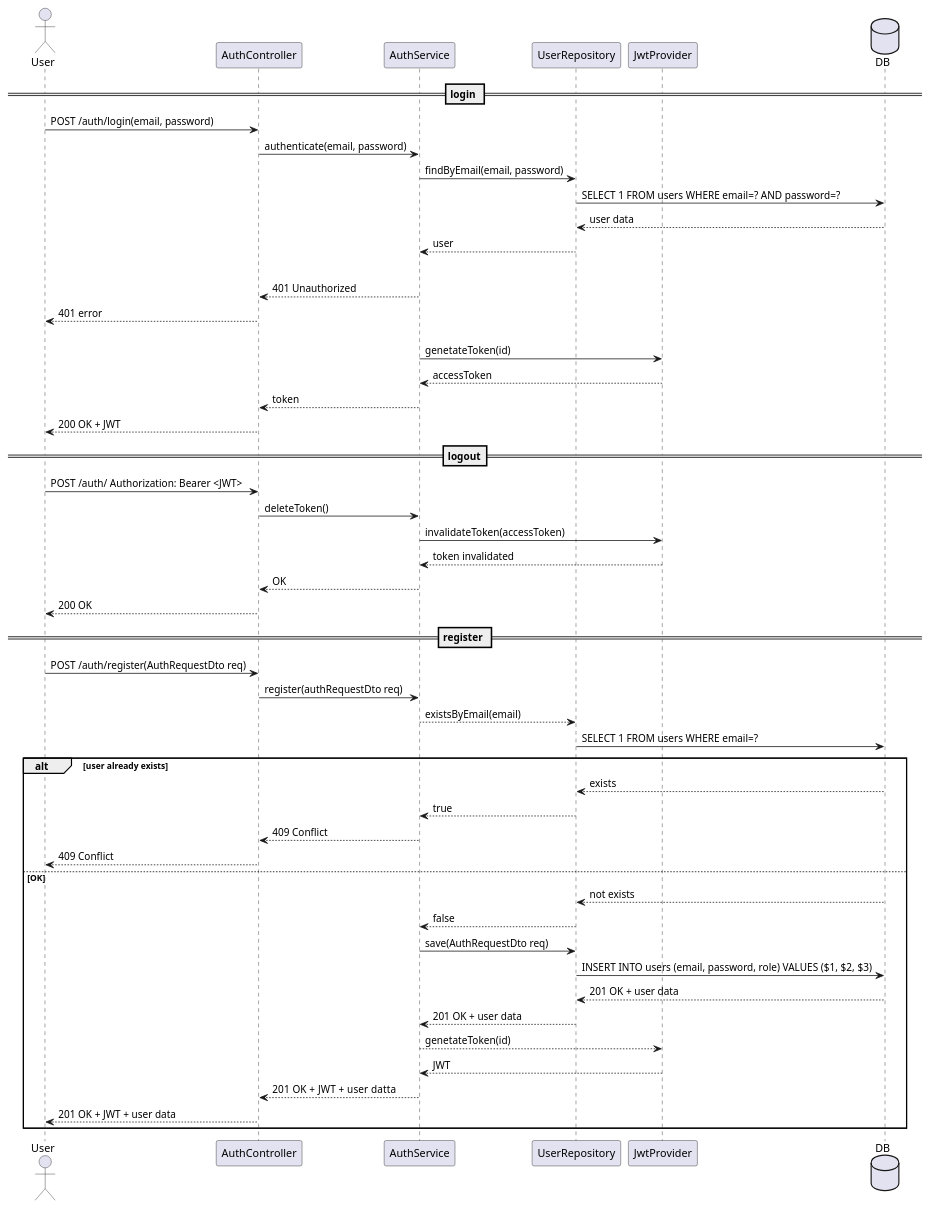
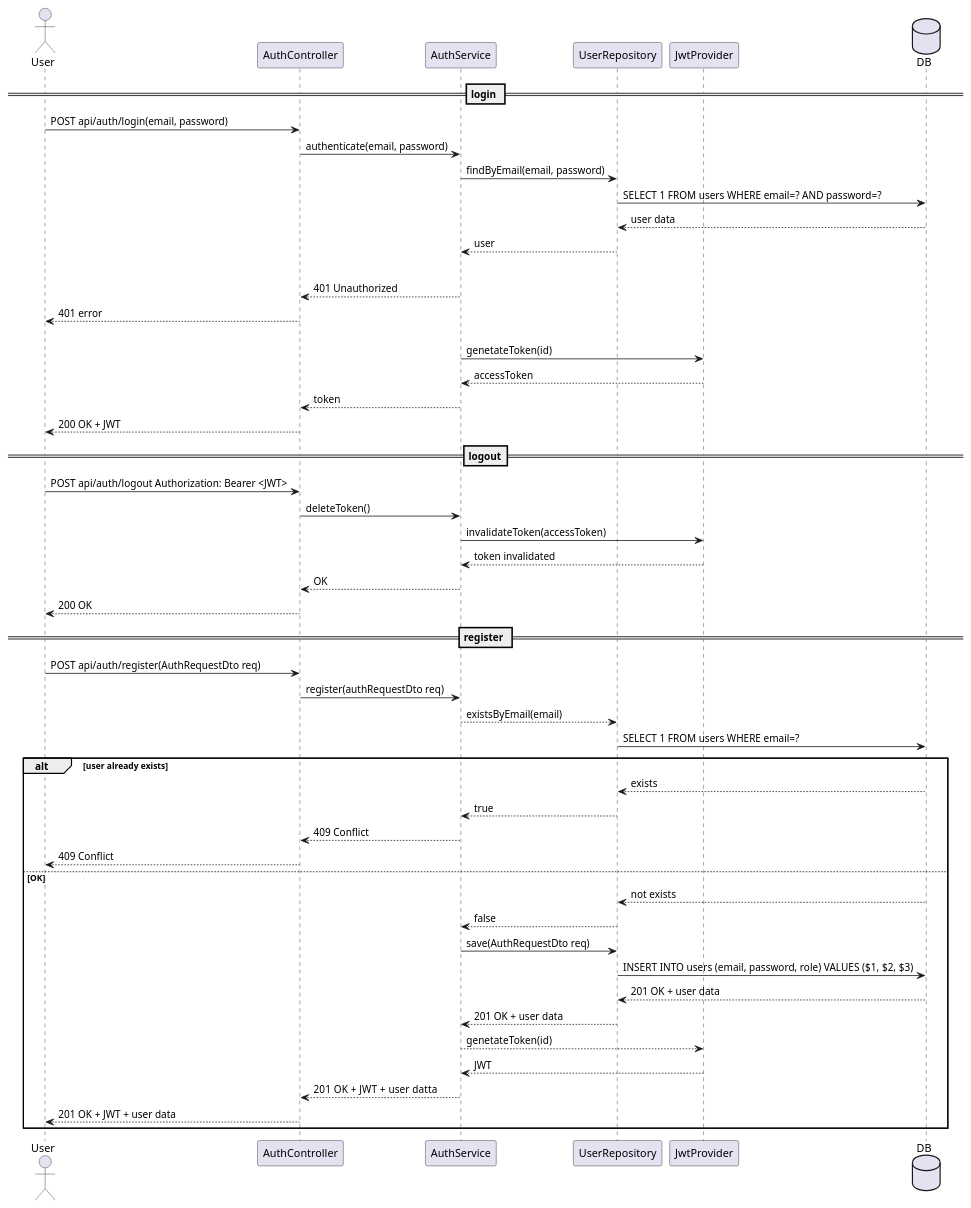
The diagram in uml/code/sequence/auth-sequence.puml (tettamasuyama/group-assignment), drawn with PlantUML before and after one commit.

Commit message:
docs: auth-sequence

```diff
--- a/uml/code/sequence/auth-sequence.puml
+++ b/uml/code/sequence/auth-sequence.puml
@@ -1,62 +1,62 @@
 @startuml
 actor User
 participant AuthController
 participant AuthService
 participant UserRepository
 participant JwtProvider
 database DB
 
 == login == 
-User -> AuthController : POST /auth/login(email, password)
+User -> AuthController : POST api/auth/login(email, password)
 AuthController -> AuthService : authenticate(email, password)
 AuthService -> UserRepository : findByEmail(email, password)
 UserRepository -> DB : SELECT 1 FROM users WHERE email=? AND password=?
 DB --> UserRepository : user data
 UserRepository --> AuthService :user
 
 alt user not found
   AuthService --> AuthController : 401 Unauthorized
   AuthController --> User : 401 error
 
 else OK
   AuthService -> JwtProvider : genetateToken(id)
   JwtProvider --> AuthService : accessToken
   AuthService --> AuthController : token
   AuthController --> User : 200 OK + JWT
 
 ==logout==
-User -> AuthController : POST /auth/ Authorization: Bearer <JWT>
+User -> AuthController : POST api/auth/logout Authorization: Bearer <JWT>
 AuthController -> AuthService : deleteToken()
 AuthService -> JwtProvider : invalidateToken(accessToken)
 JwtProvider --> AuthService : token invalidated
 AuthService --> AuthController : OK
 AuthController --> User : 200 OK
 
 
 == register ==
-User -> AuthController : POST /auth/register(AuthRequestDto req)
+User -> AuthController : POST api/auth/register(AuthRequestDto req)
 AuthController -> AuthService : register(authRequestDto req)
 AuthService --> UserRepository : existsByEmail(email)
 UserRepository -> DB : SELECT 1 FROM users WHERE email=?
 
 alt user already exists
 
   DB --> UserRepository : exists
   UserRepository --> AuthService : true
   AuthService --> AuthController : 409 Conflict
   AuthController --> User : 409 Conflict
 
 else OK
 DB --> UserRepository : not exists
 UserRepository --> AuthService : false
 AuthService -> UserRepository : save(AuthRequestDto req)
 UserRepository -> DB : INSERT INTO users (email, password, role) VALUES ($1, $2, $3)
 DB --> UserRepository : 201 OK + user data
 UserRepository --> AuthService : 201 OK + user data
 AuthService --> JwtProvider : genetateToken(id)
 JwtProvider --> AuthService : JWT
 AuthService --> AuthController : 201 OK +  JWT + user datta
 AuthController --> User : 201 OK + JWT + user data
 end
 
 @enduml
```
